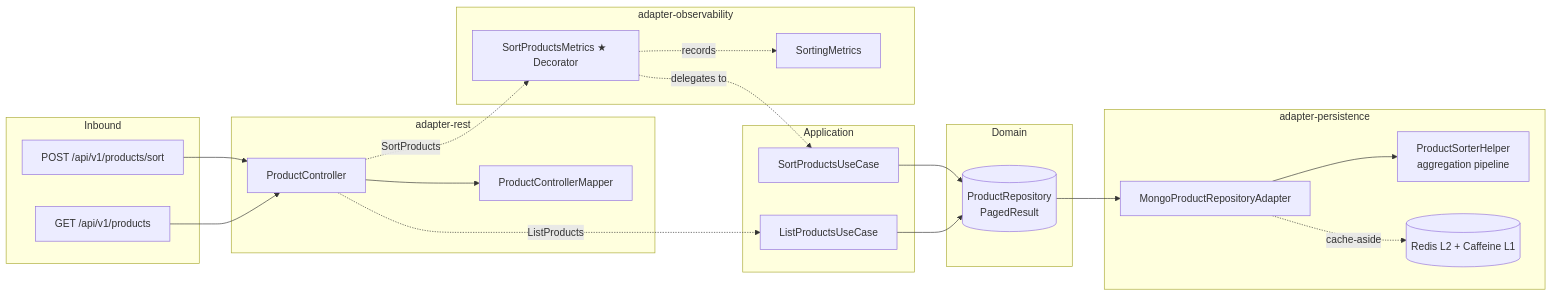
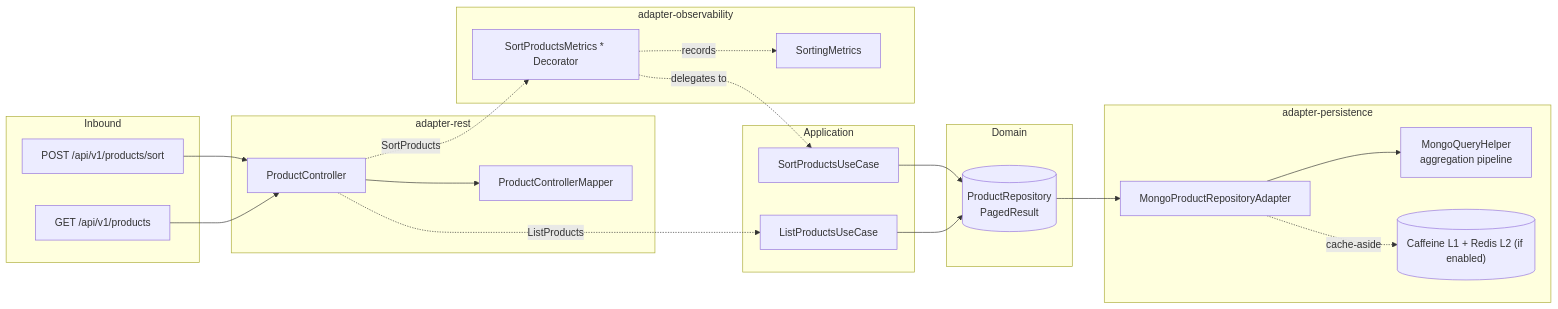
One commit to JuanPabloJimenezEsclusa/product-sorter changed the third of 3 diagrams in README.md. Above: the diagram before and after it, drawn with Mermaid. The commit also changed other lines of this file and 11 other files, not shown here.

````diff
--- a/README.md
+++ b/README.md
@@ -214,36 +235,41 @@
 ```mermaid
 flowchart LR
-    subgraph Inbound
-        POST["POST /api/v1/products/sort"]
-        GET["GET /api/v1/products"]
-    end
-    subgraph adapter-rest
-        C[ProductController]
-        M[ProductControllerMapper]
-    end
-    subgraph Application
-        SUC[SortProductsUseCase]
-        LUC[ListProductsUseCase]
-    end
-    subgraph Domain
-        REPO[(ProductRepository<br/>PagedResult)]
-    end
-    subgraph adapter-persistence
-        HLP[ProductSorterHelper<br/>aggregation pipeline]
-        ADPT[MongoProductRepositoryAdapter]
-        CACHE[("Redis L2 + Caffeine L1")]
-    end
-    subgraph adapter-observability
-        MM[SortProductsMetrics ★ Decorator]
-        SM[SortingMetrics]
-    end
+  subgraph Inbound
+    POST["POST /api/v1/products/sort"]
+    GET["GET /api/v1/products"]
+  end
+  
+  subgraph adapter-rest
+    C[ProductController]
+    M[ProductControllerMapper]
+  end
 
-    POST & GET --> C --> M
-    C -.->|SortProducts| MM
-    C -.->|ListProducts| LUC
-    MM -.->|delegates to| SUC --> REPO
-    LUC --> REPO
-    REPO --> ADPT --> HLP
-    ADPT -.->|cache-aside| CACHE
-    MM -.->|records| SM
+  subgraph Application
+    SUC[SortProductsUseCase]
+    LUC[ListProductsUseCase]
+  end
+    
+  subgraph Domain
+    REPO[(ProductRepository<br/>PagedResult)]
+  end
+    
+  subgraph adapter-persistence
+    HLP[MongoQueryHelper<br/>aggregation pipeline]
+    ADPT[MongoProductRepositoryAdapter]
+    CACHE[("Caffeine L1 + Redis L2 (if enabled)")]
+  end
+    
+  subgraph adapter-observability
+    MM[SortProductsMetrics * Decorator]
+    SM[SortingMetrics]
+  end
+
+  POST & GET --> C --> M
+  C -.->|SortProducts| MM
+  C -.->|ListProducts| LUC
+  MM -.->|delegates to| SUC --> REPO
+  LUC --> REPO
+  REPO --> ADPT --> HLP
+  ADPT -.->|cache-aside| CACHE
+  MM -.->|records| SM
 ```
````
